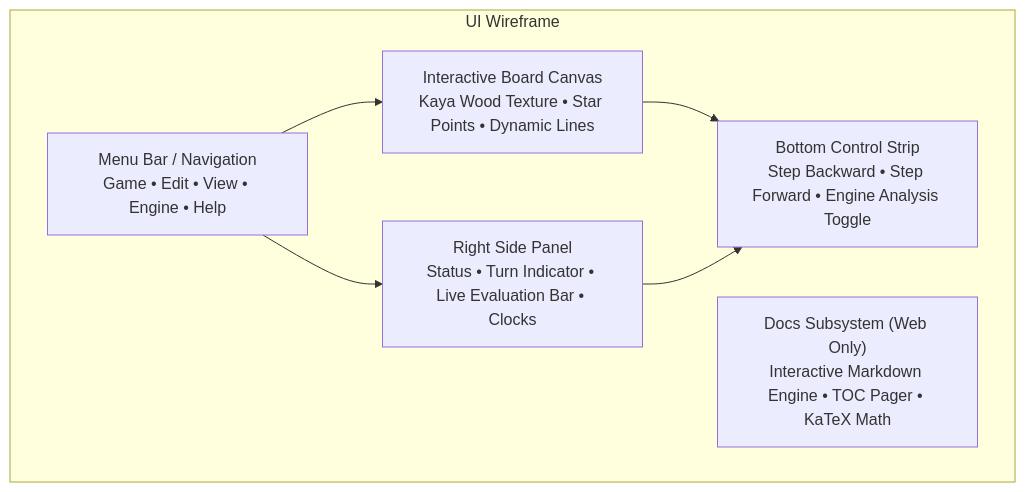
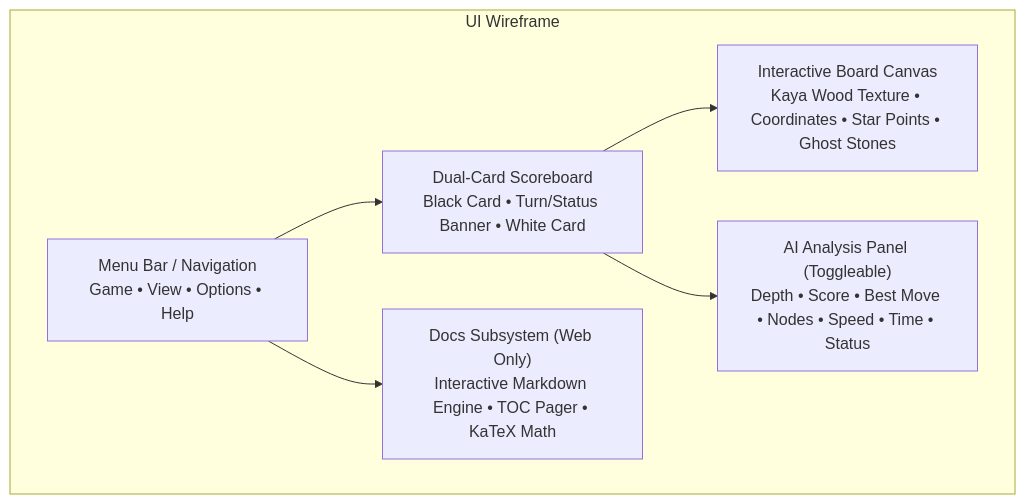
The diagram in docs/brain/13-ui-clients.md (cjp-dev/Gomoku), drawn with Mermaid before and after one commit. The commit also changed other lines of this file and 8 other files, not shown here.

````diff
--- a/docs/brain/13-ui-clients.md
+++ b/docs/brain/13-ui-clients.md
@@ -19,15 +19,15 @@
 ```mermaid
 graph TD
     subgraph UI Wireframe
-        TopBar["Menu Bar / Navigation<br/>Game • Edit • View • Engine • Help"]
-        Board["Interactive Board Canvas<br/>Kaya Wood Texture • Star Points • Dynamic Lines"]
-        Side["Right Side Panel<br/>Status • Turn Indicator • Live Evaluation Bar • Clocks"]
-        Controls["Bottom Control Strip<br/>Step Backward • Step Forward • Engine Analysis Toggle"]
+        TopBar["Menu Bar / Navigation<br/>Game • View • Options • Help"]
+        Scoreboard["Dual-Card Scoreboard<br/>Black Card • Turn/Status Banner • White Card"]
+        Board["Interactive Board Canvas<br/>Kaya Wood Texture • Coordinates • Star Points • Ghost Stones"]
+        Analysis["AI Analysis Panel (Toggleable)<br/>Depth • Score • Best Move • Nodes • Speed • Time • Status"]
         DocViewer["Docs Subsystem (Web Only)<br/>Interactive Markdown Engine • TOC Pager • KaTeX Math"]
     end
 
-    TopBar --> Board
-    TopBar --> Side
-    Board --> Controls
-    Side --> Controls
+    TopBar --> Scoreboard
+    Scoreboard --> Board
+    Scoreboard --> Analysis
+    TopBar --> DocViewer
 ```
````
